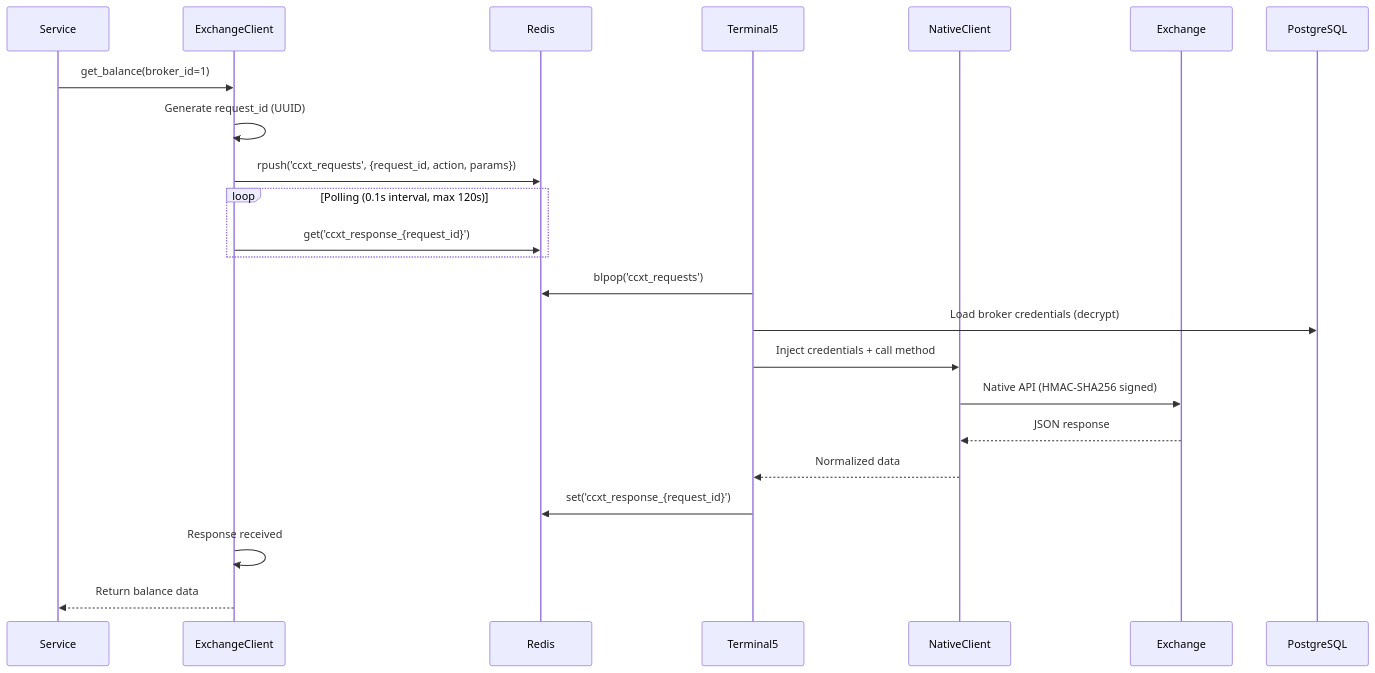
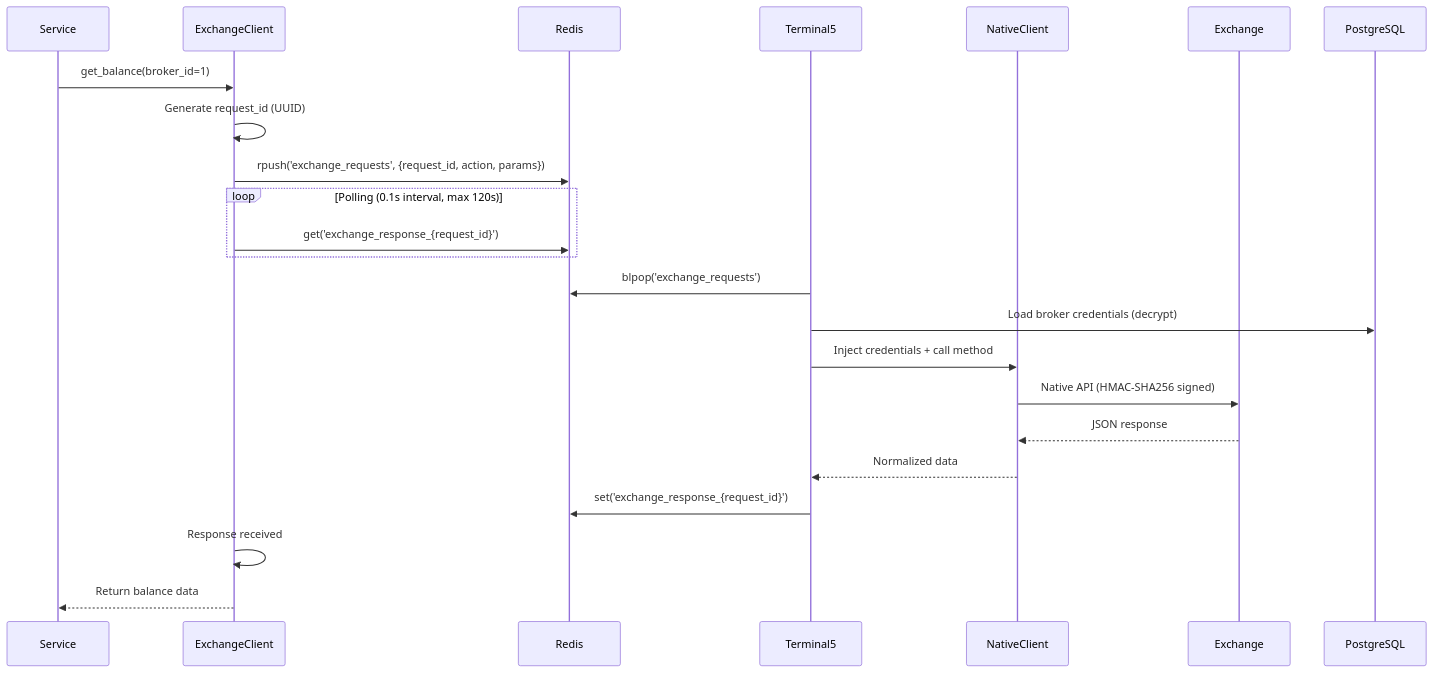
One commit to DanielCarnal/aristobot3 changed the fifth of 5 diagrams in docs/CODEBASE_MAP.md. Above: the diagram before and after it, drawn with Mermaid. The commit also changed other lines of this file and 20 other files, not shown here.

First line of the commit message:
REFACTORING: CCXT → Exchange - Renommage complet architecture native

````diff
--- a/docs/CODEBASE_MAP.md
+++ b/docs/CODEBASE_MAP.md
@@ -821,28 +826,28 @@
 ```mermaid
 sequenceDiagram
     participant Service
     participant ExchangeClient
     participant Redis
     participant Terminal5
     participant NativeClient
     participant Exchange
 
     Service->>ExchangeClient: get_balance(broker_id=1)
     ExchangeClient->>ExchangeClient: Generate request_id (UUID)
-    ExchangeClient->>Redis: rpush('ccxt_requests', {request_id, action, params})
+    ExchangeClient->>Redis: rpush('exchange_requests', {request_id, action, params})
 
     loop Polling (0.1s interval, max 120s)
-        ExchangeClient->>Redis: get('ccxt_response_{request_id}')
+        ExchangeClient->>Redis: get('exchange_response_{request_id}')
     end
 
-    Terminal5->>Redis: blpop('ccxt_requests')
+    Terminal5->>Redis: blpop('exchange_requests')
     Terminal5->>PostgreSQL: Load broker credentials (decrypt)
     Terminal5->>NativeClient: Inject credentials + call method
     NativeClient->>Exchange: Native API (HMAC-SHA256 signed)
     Exchange-->>NativeClient: JSON response
     NativeClient-->>Terminal5: Normalized data
-    Terminal5->>Redis: set('ccxt_response_{request_id}')
+    Terminal5->>Redis: set('exchange_response_{request_id}')
 
     ExchangeClient->>ExchangeClient: Response received
     ExchangeClient-->>Service: Return balance data
 ```
````
